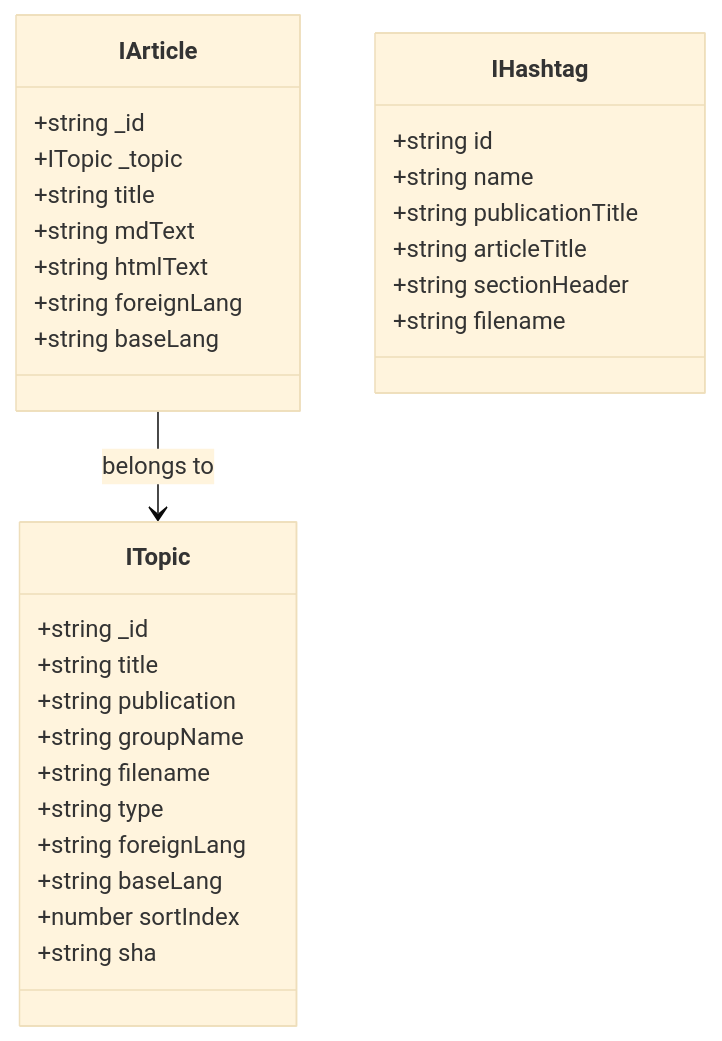
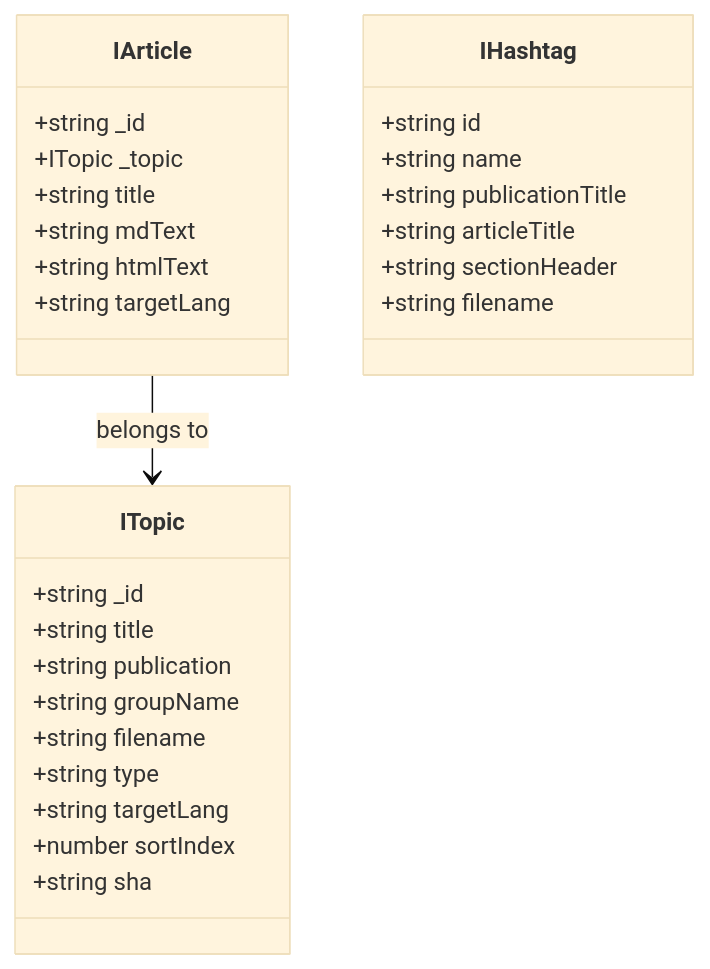
One commit to remarcmij/taalwiz-mono changed diagram 15 of 18 in apps/taalwiz-web/ARCHITECTURE.md. Above: the diagram before and after it, drawn with Mermaid (base theme). The commit also changed other lines of this file and 24 other files, not shown here.

First line of the commit message:
feat: replace foreignLang with targetLang; introduce pluggable Stemmer

````diff
--- a/apps/taalwiz-web/ARCHITECTURE.md
+++ b/apps/taalwiz-web/ARCHITECTURE.md
@@ -524,36 +525,34 @@
 ```mermaid
 classDiagram
     class ITopic {
         +string _id
         +string title
         +string publication
         +string groupName
         +string filename
         +string type
-        +string foreignLang
-        +string baseLang
+        +string targetLang
         +number sortIndex
         +string sha
     }
 
     class IArticle {
         +string _id
         +ITopic _topic
         +string title
         +string mdText
         +string htmlText
-        +string foreignLang
-        +string baseLang
+        +string targetLang
     }
 
     class IHashtag {
         +string id
         +string name
         +string publicationTitle
         +string articleTitle
         +string sectionHeader
         +string filename
     }
 
     IArticle --> ITopic : belongs to
 ```
````
